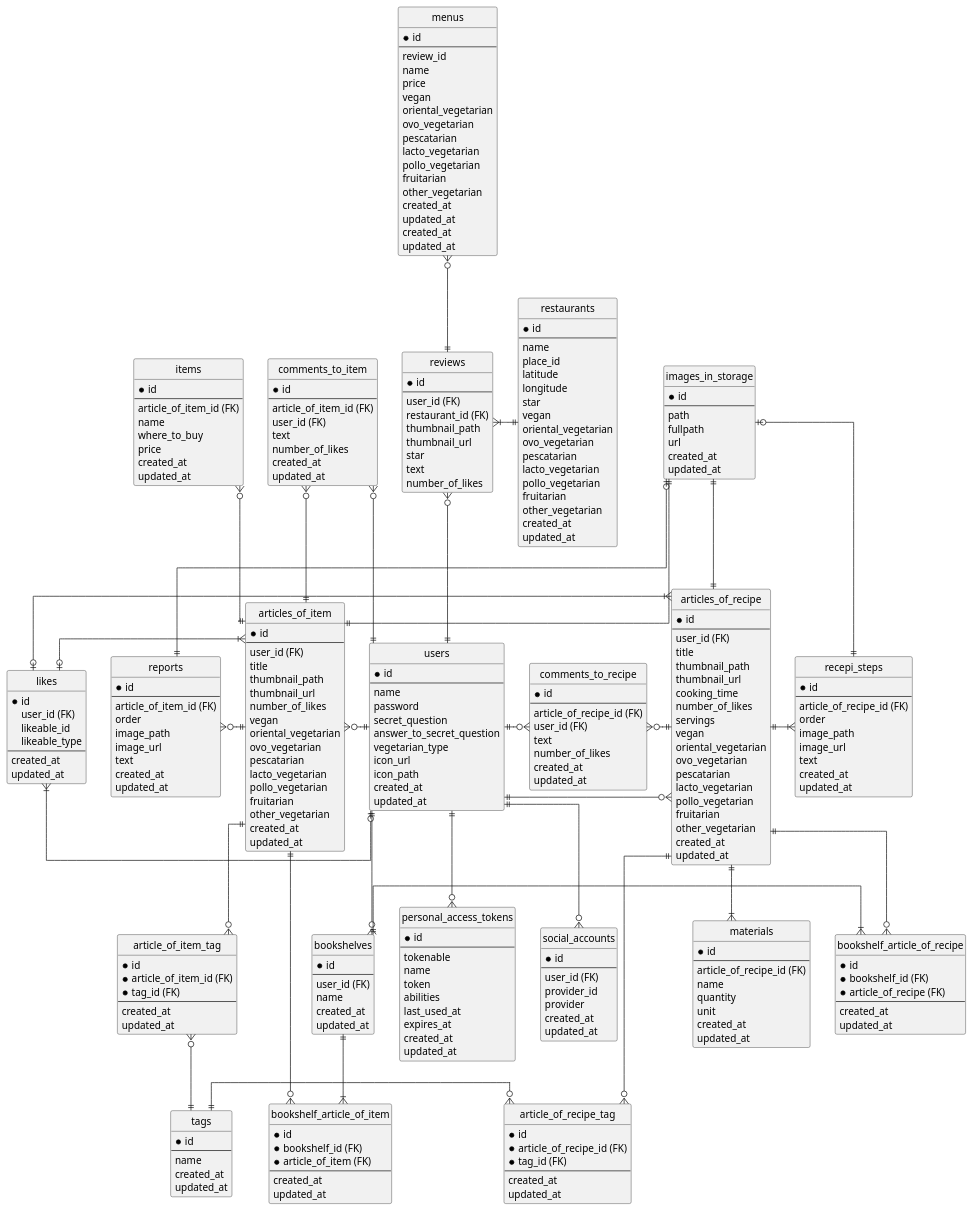
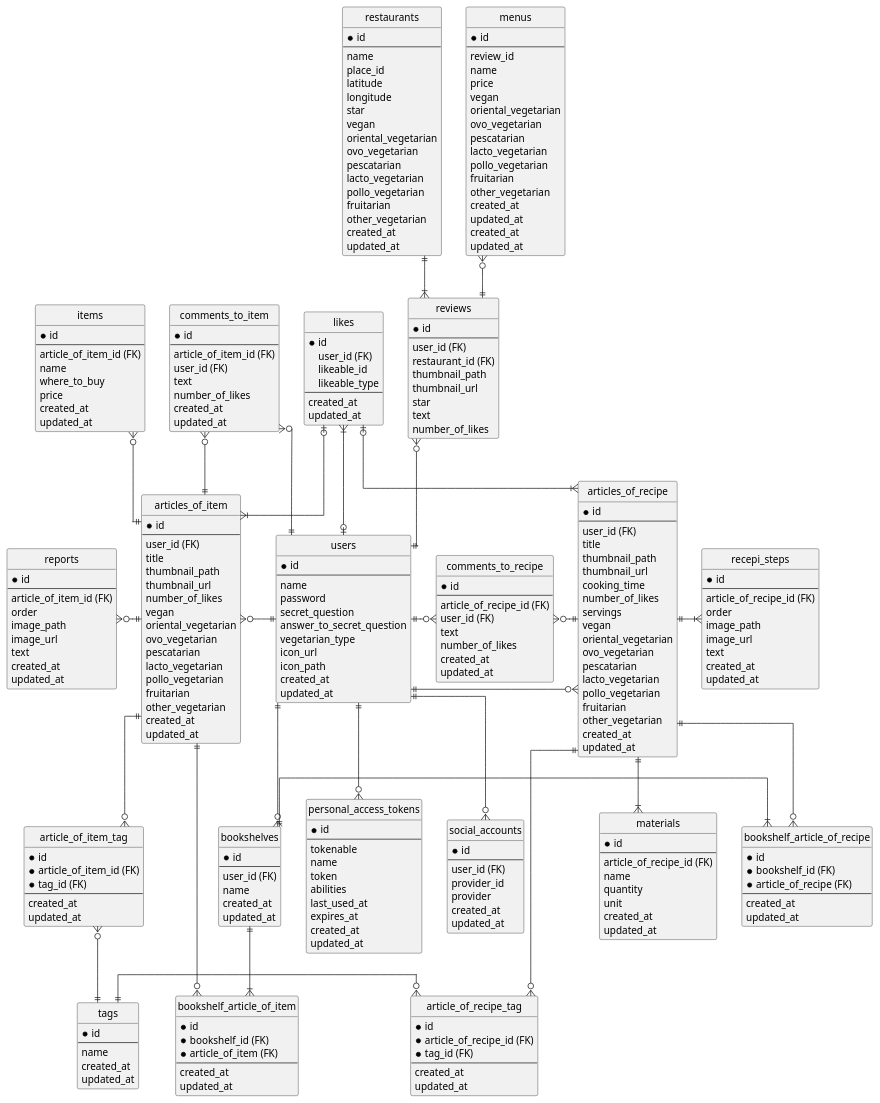
The diagram in documents/er.pu (SayuriOkuyama/Original), drawn with PlantUML before and after one commit.

Commit message:
ER図修正

```diff
--- a/documents/er.pu
+++ b/documents/er.pu
@@ -268,16 +268,6 @@
   updated_at
 }
 
-entity "images_in_storage" as images_in_storage {
-  *id
-  --
-  path
-  fullpath
-  url
-  created_at
-  updated_at
-}
-
 users ||--o{ personal_access_tokens
 users ||--o{ social_accounts
 users ||-r-o{ articles_of_recipe
@@ -301,13 +291,9 @@
 articles_of_item ||--o{bookshelf_article_of_item
 users ||-u-o{reviews
 menus }o--|| reviews
-restaurants ||-l-|{ reviews
-users |o-l-|{ likes
+restaurants ||--|{ reviews
+users |o-u-|{ likes
 likes |o-r-|{ articles_of_recipe
 likes |o-r-|{ articles_of_item
-images_in_storage ||--|| articles_of_recipe
-images_in_storage||--|| articles_of_item
-images_in_storage |o-r-|| recepi_steps
-images_in_storage|o--|| reports
 
 @enduml
```
